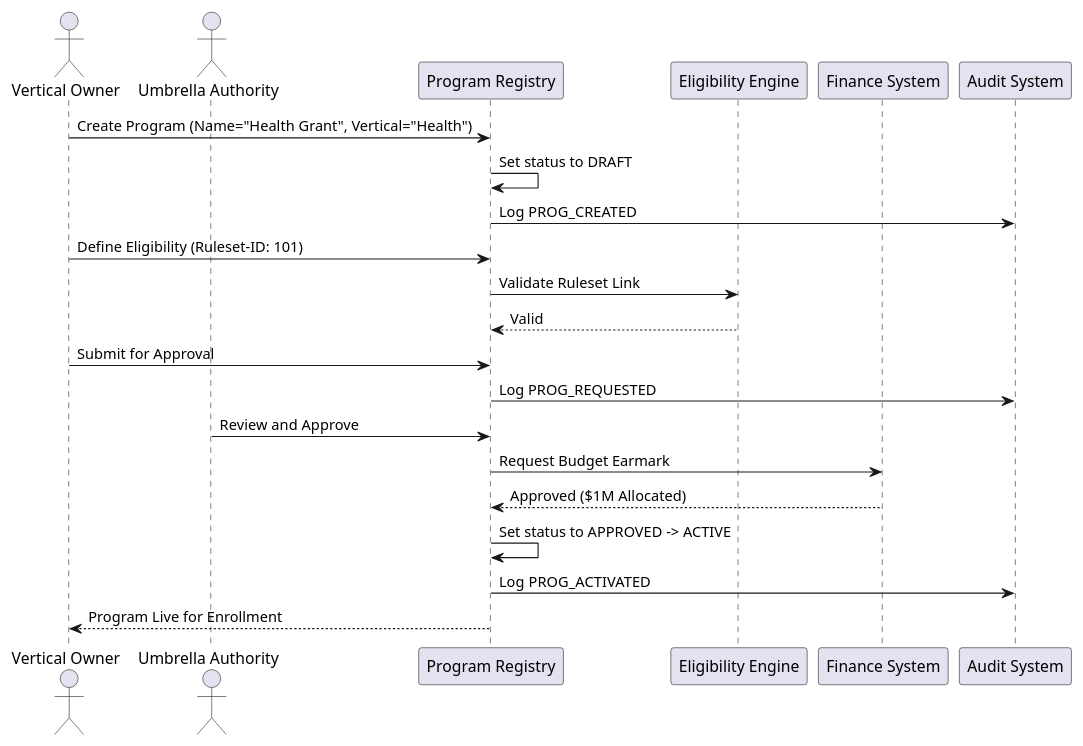
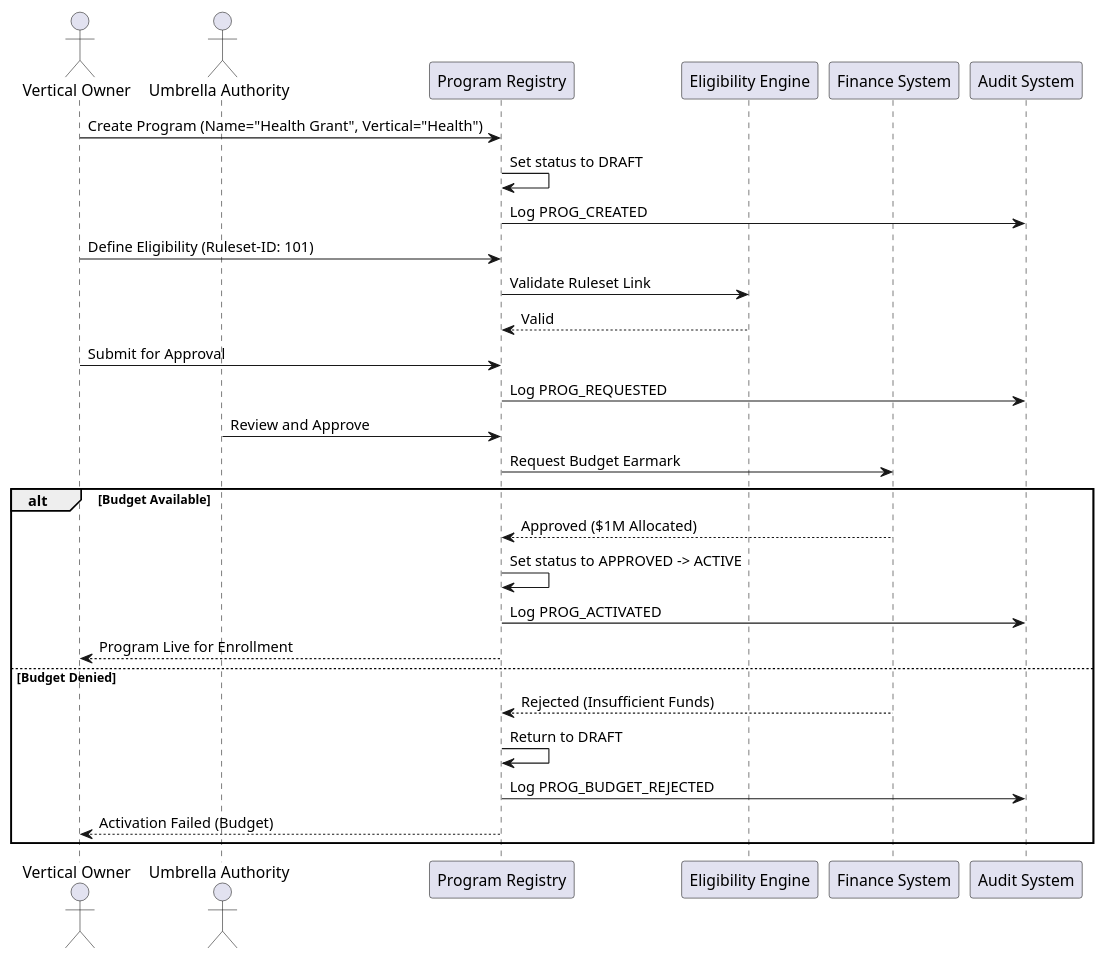
One commit to nisalatp/scp-spec changed the diagram in Docs/System/Programs/diagrams/sequences.puml. Above: the diagram before and after it, drawn with PlantUML. The commit also changed 7 other files, not shown here.

```diff
--- a/Docs/System/Programs/diagrams/sequences.puml
+++ b/Docs/System/Programs/diagrams/sequences.puml
@@ -1,26 +1,34 @@
 @startuml program-activation-sequence
 actor "Vertical Owner" as VO
 actor "Umbrella Authority" as UA
 participant "Program Registry" as PR
 participant "Eligibility Engine" as EE
 participant "Finance System" as FS
 participant "Audit System" as AS
 
 VO -> PR : Create Program (Name="Health Grant", Vertical="Health")
 PR -> PR : Set status to DRAFT
 PR -> AS : Log PROG_CREATED
 
 VO -> PR : Define Eligibility (Ruleset-ID: 101)
 PR -> EE : Validate Ruleset Link
 EE --> PR : Valid
 
 VO -> PR : Submit for Approval
 PR -> AS : Log PROG_REQUESTED
 
 UA -> PR : Review and Approve
 PR -> FS : Request Budget Earmark
-FS --> PR : Approved ($1M Allocated)
-PR -> PR : Set status to APPROVED -> ACTIVE
-PR -> AS : Log PROG_ACTIVATED
-PR --> VO : Program Live for Enrollment
+
+alt Budget Available
+    FS --> PR : Approved ($1M Allocated)
+    PR -> PR : Set status to APPROVED -> ACTIVE
+    PR -> AS : Log PROG_ACTIVATED
+    PR --> VO : Program Live for Enrollment
+else Budget Denied
+    FS --> PR : Rejected (Insufficient Funds)
+    PR -> PR : Return to DRAFT
+    PR -> AS : Log PROG_BUDGET_REJECTED
+    PR --> VO : Activation Failed (Budget)
+end
 @enduml
```
